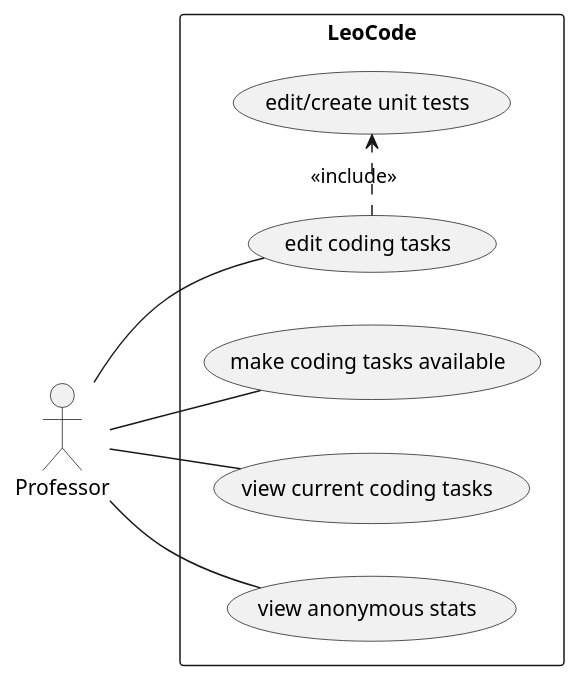
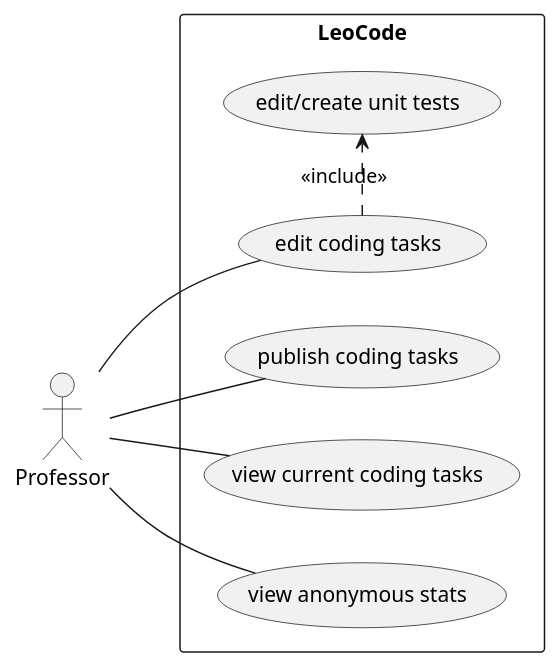
One commit to htl-leonding-project/leo-code changed the first of 3 diagrams in asciidocs/system-specification.adoc. Above: the diagram before and after it, drawn with PlantUML. The commit also changed other lines of this file, not shown here.

Commit message:
Corrected Use-Case Diagramm #15

```diff
--- a/asciidocs/system-specification.adoc
+++ b/asciidocs/system-specification.adoc
@@ -52,20 +52,20 @@
 [plantuml]
 ----
 
 @startuml
 
 left to right direction
 :Professor:
 
 rectangle LeoCode{
 
-Professor -- (make coding tasks available)
+Professor -- (publish coding tasks)
 Professor -- (view current coding tasks)
 Professor -- (edit coding tasks)
 Professor -- (view anonymous stats)
 (edit coding tasks) .> (edit/create unit tests) : <<include>>
 
 }
 
 @enduml
 ----
```
